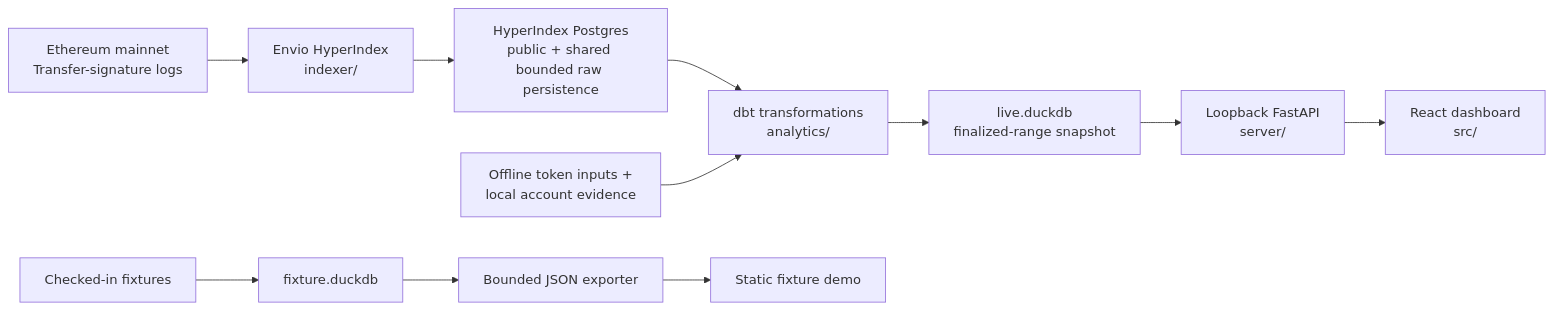
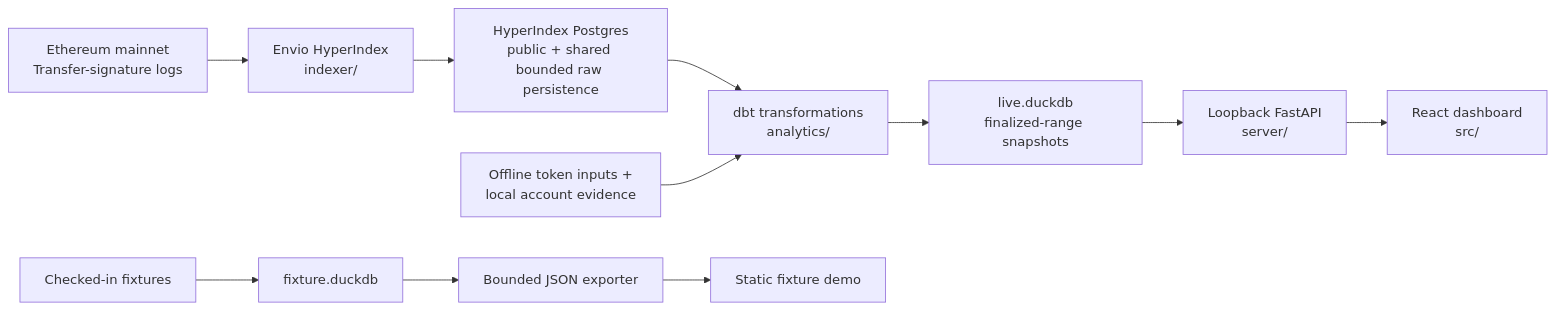
Before and after one commit to ubabe53/evm-wallet-search: the diagram in README.md, drawn with Mermaid. The commit also changed other lines of this file and 9 other files, not shown here.

````diff
--- a/README.md
+++ b/README.md
@@ -32,14 +99,14 @@
 ```mermaid
 flowchart LR
     eth["Ethereum mainnet<br/>Transfer-signature logs"] --> indexer["Envio HyperIndex<br/>indexer/"]
     indexer --> postgres["HyperIndex Postgres<br/>public + shared bounded raw persistence"]
     postgres --> dbt["dbt transformations<br/>analytics/"]
     enrich["Offline token inputs +<br/>local account evidence"] --> dbt
-    dbt --> live["live.duckdb<br/>finalized-range snapshot"]
+    dbt --> live["live.duckdb<br/>finalized-range snapshots"]
     live --> api["Loopback FastAPI<br/>server/"]
     api --> dashboard["React dashboard<br/>src/"]
 
     fixtures["Checked-in fixtures"] --> fixturedb["fixture.duckdb"]
     fixturedb --> export["Bounded JSON exporter"]
     export --> static["Static fixture demo"]
 ```
````
